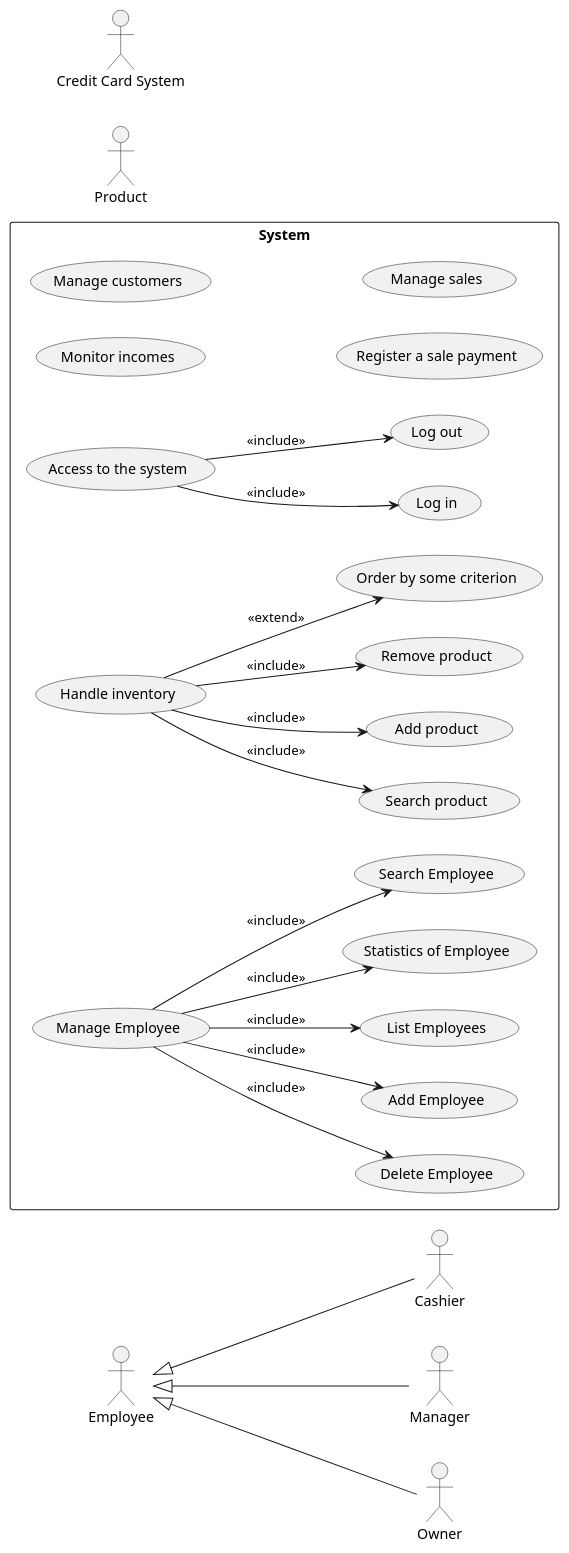
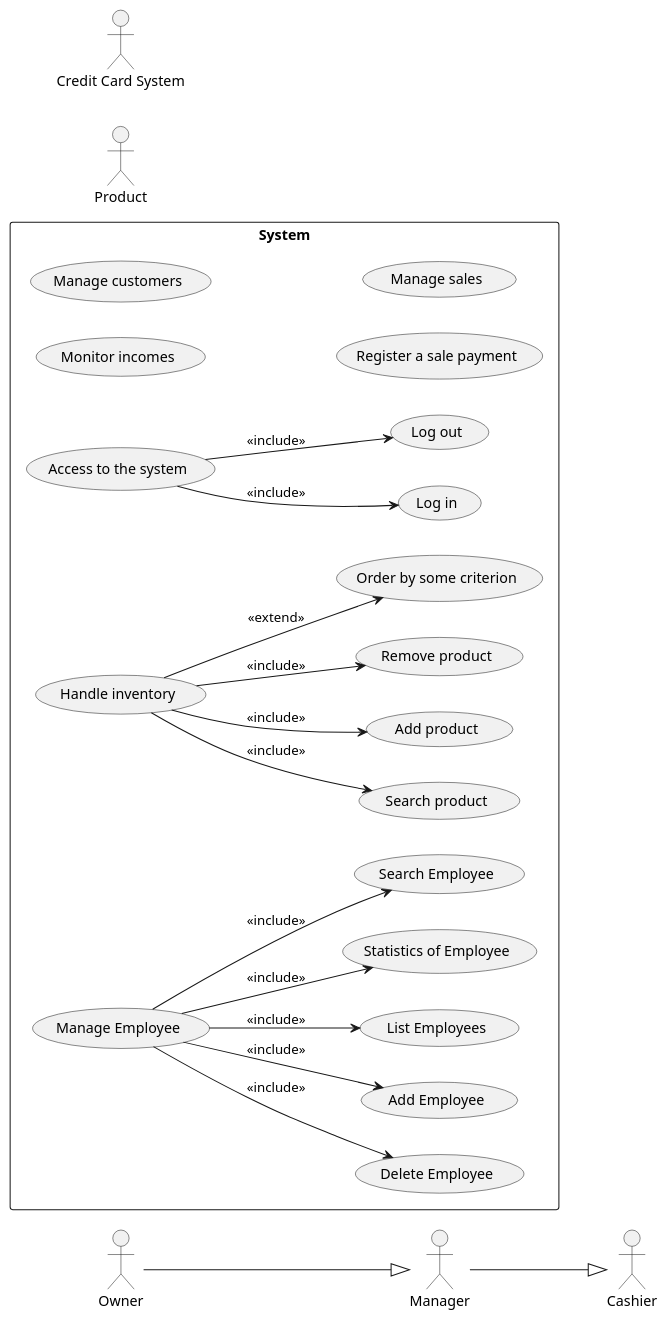
The second of 5 diagrams in Deliverables/RequirementsDocument.md (MatteoBattilana/EzShop), drawn with PlantUML before and after one commit. The commit also changed other lines of this file, not shown here.

````diff
--- a/Deliverables/RequirementsDocument.md
+++ b/Deliverables/RequirementsDocument.md
@@ -218,49 +219,48 @@
 ```plantuml
 @startuml
 rectangle System {
 	left to right direction
 	usecase "Manage Employee" as UC2
 	usecase "Delete Employee" as UC2.1
 	usecase "Add Employee" as UC2.2
 	usecase "List Employees" as UC2.3
 	usecase "Statistics of Employee" as UC2.4
 	usecase "Search Employee" as UC2.5
 	UC2.1 <-up- UC2: <<include>>
 	UC2.2 <-up- UC2: <<include>>
 	UC2.3 <-up- UC2: <<include>>
 	UC2.4 <-up- UC2: <<include>>
 	UC2.5 <-up- UC2: <<include>>
 
 	usecase "Handle inventory" as UC3
 	usecase "Search product" as UC3.1
   usecase "Add product" as UC3.2
   usecase "Remove product" as UC3.3
   usecase "Order by some criterion" as UC3.4
 	UC3.4 <-up- UC3: <<extend>>
 	UC3.3 <-up- UC3: <<include>>
 	UC3.2 <-up- UC3: <<include>>
 	UC3.1 <-up- UC3: <<include>>
 
 	usecase "Access to the system" as UC4
 	usecase "Log in" as UC4.1
   usecase "Log out" as UC4.2
 	UC4.1 <-up- UC4: <<include>>
 	UC4.2 <-up- UC4: <<include>>
 
 	usecase "Monitor incomes" as UC5
 
 	usecase "Manage customers" as UC6
 
 	usecase "Register a sale payment" as UC7
 
 	usecase "Manage sales" as UC8
 
 }
 actor Product
 actor :Credit Card System:
-Cashier -up-|> Employee
-Manager -up-|> Employee
-Owner -up-|> Employee
+Cashier <|-up- Manager
+Manager <|-up- Owner
 
 @enduml
 ```
````
